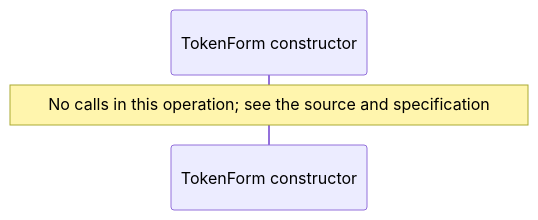
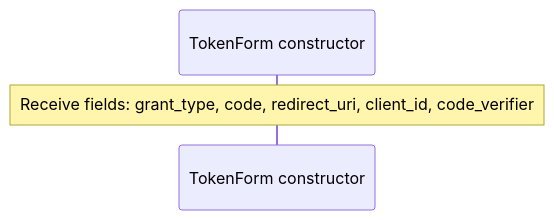
One commit to GreenPandaStudios/augscript changed the eighth of 12 diagrams in docs/examples/oidc-login/provider/contracts-diagrams.md. Above: the diagram before and after it, drawn with Mermaid. The commit also changed other lines of this file and 289 other files, not shown here.

Commit message:
Correct diagram control flow and complete generated wiki navigation

````diff
--- a/docs/examples/oidc-login/provider/contracts-diagrams.md
+++ b/docs/examples/oidc-login/provider/contracts-diagrams.md
@@ -127,6 +127,6 @@
 ```mermaid
 sequenceDiagram
     participant p0 as TokenForm constructor
 
-    Note over p0: No calls in this operation#59; see the source and specification
+    Note over p0: Receive fields: grant_type, code, redirect_uri, client_id, code_verifier
 ```
````
